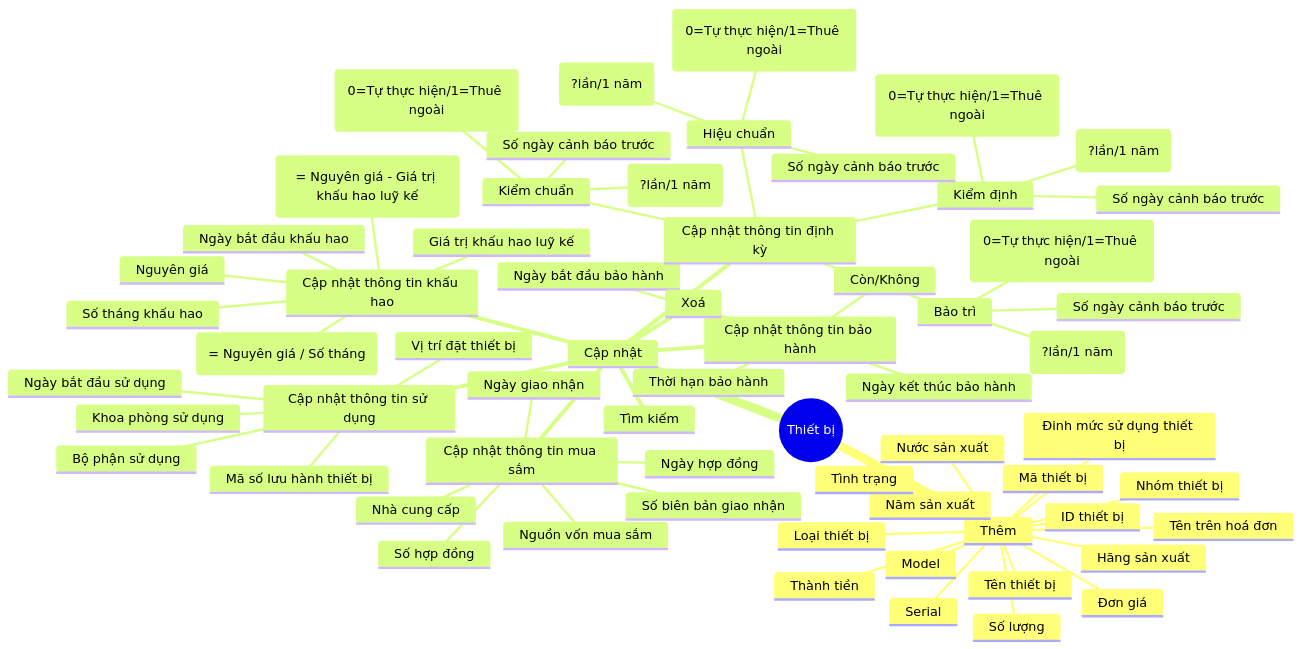
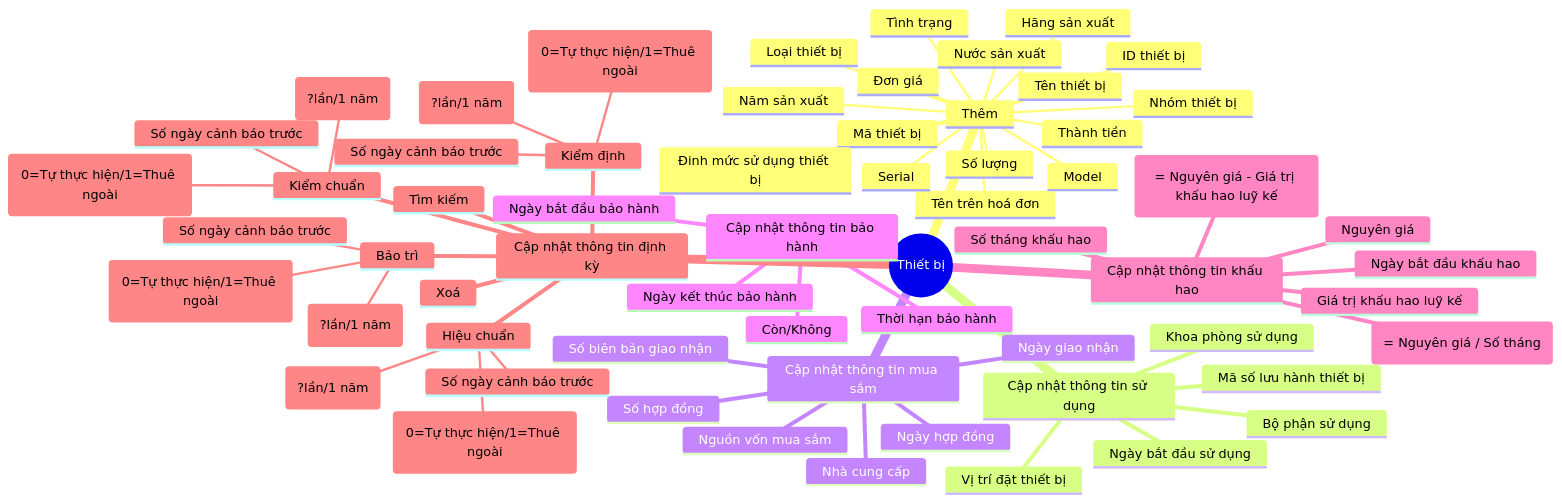
Before and after one commit to nthanhdo/mems-brainstorm: the diagram in mindmap-thietbi.md, drawn with Mermaid.

````diff
--- a/mindmap-thietbi.md
+++ b/mindmap-thietbi.md
@@ -1,68 +1,67 @@
 ```mermaid
 mindmap
   root((Thiết bị))
       Thêm
         ID thiết bị
         Mã thiết bị
         Tên thiết bị
         Tên trên hoá đơn
         Loại thiết bị
         Nhóm thiết bị
         Đinh mức sử dụng thiết bị
         Hãng sản xuất
         Nước sản xuất
         Năm sản xuất
         Model
         Serial
         Số lượng
         Đơn giá
         Thành tiền
         Tình trạng
-    Cập nhật
-      Cập nhật thông tin sử dụng
+    Cập nhật thông tin sử dụng
         Khoa phòng sử dụng
         Bộ phận sử dụng
         Ngày bắt đầu sử dụng
         Vị trí đặt thiết bị
         Mã số lưu hành thiết bị
-      Cập nhật thông tin mua sắm
+    Cập nhật thông tin mua sắm
         Nhà cung cấp
         Số hợp đồng
         Ngày hợp đồng
         Số biên bản giao nhận
         Ngày giao nhận
         Nguồn vốn mua sắm
-      Cập nhật thông tin bảo hành
+    Cập nhật thông tin bảo hành
         Còn/Không
         Thời hạn bảo hành
         Ngày bắt đầu bảo hành
         Ngày kết thúc bảo hành
-      Cập nhật thông tin khấu hao
+    Cập nhật thông tin khấu hao
         Nguyên giá
         Số tháng khấu hao
         Ngày bắt đầu khấu hao
         Giá trị khấu hao tháng (= Nguyên giá / Số tháng)
         Giá trị khấu hao luỹ kế
         Giá trị còn lại (= Nguyên giá - Giá trị khấu hao luỹ kế)
-      Cập nhật thông tin định kỳ
+    Cập nhật thông tin định kỳ
         Bảo trì
             Hình thức thực hiện (0=Tự thực hiện/1=Thuê ngoài)
             Tần suất thực hiện (?lần/1 năm)
             Số ngày cảnh báo trước
         Kiểm định
             Hình thức thực hiện (0=Tự thực hiện/1=Thuê ngoài)
             Tần suất thực hiện (?lần/1 năm)
             Số ngày cảnh báo trước
         Hiệu chuẩn
             Hình thức thực hiện (0=Tự thực hiện/1=Thuê ngoài)
             Tần suất thực hiện (?lần/1 năm)
             Số ngày cảnh báo trước
         Kiểm chuẩn
             Hình thức thực hiện (0=Tự thực hiện/1=Thuê ngoài)
             Tần suất thực hiện (?lần/1 năm)
             Số ngày cảnh báo trước
       Xoá
         
       Tìm kiếm
       
 ```
````
